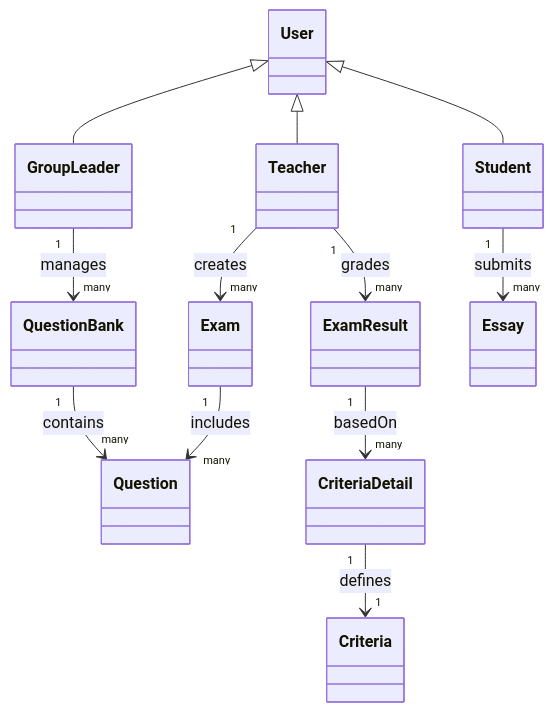
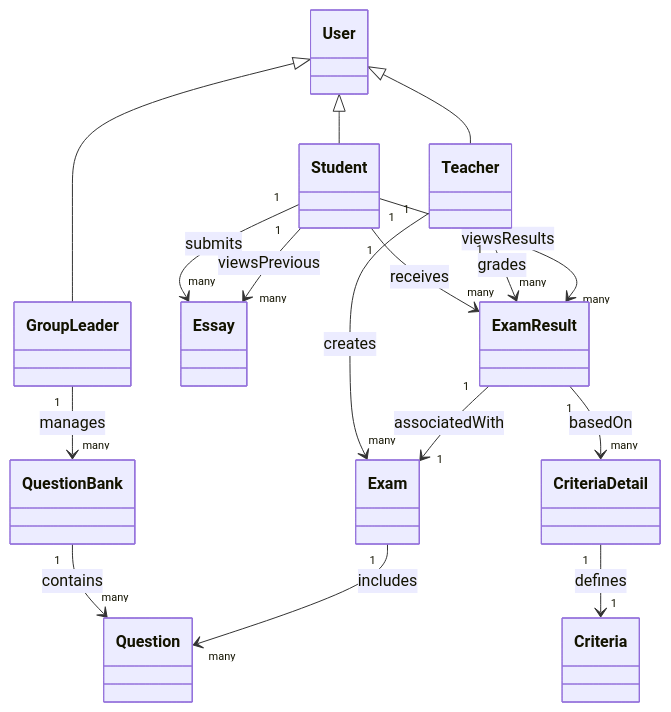
One commit to DoanNgocCuong/home changed diagram 18 of 18 in 5. Software E/Project MVC.md. Above: the diagram before and after it, drawn with Mermaid. The commit also changed other lines of this file, not shown here.

````diff
--- a/5. Software E/Project MVC.md
+++ b/5. Software E/Project MVC.md
@@ -842,15 +860,19 @@
 ```mermaid
 classDiagram
     User <|-- GroupLeader
     User <|-- Teacher
     User <|-- Student
 
     GroupLeader "1" --> "many" QuestionBank : manages
     QuestionBank "1" --> "many" Question : contains
     Teacher "1" --> "many" Exam : creates
     Exam "1" --> "many" Question : includes
     Student "1" --> "many" Essay : submits
+    Student "1" --> "many" ExamResult : receives
     Teacher "1" --> "many" ExamResult : grades
+    ExamResult "1" --> "1" Exam : associatedWith
     ExamResult "1" --> "many" CriteriaDetail : basedOn
     CriteriaDetail "1" --> "1" Criteria : defines
+    Student "1" --> "many" Essay : viewsPrevious
+    Student "1" --> "many" ExamResult : viewsResults
 ```
````
